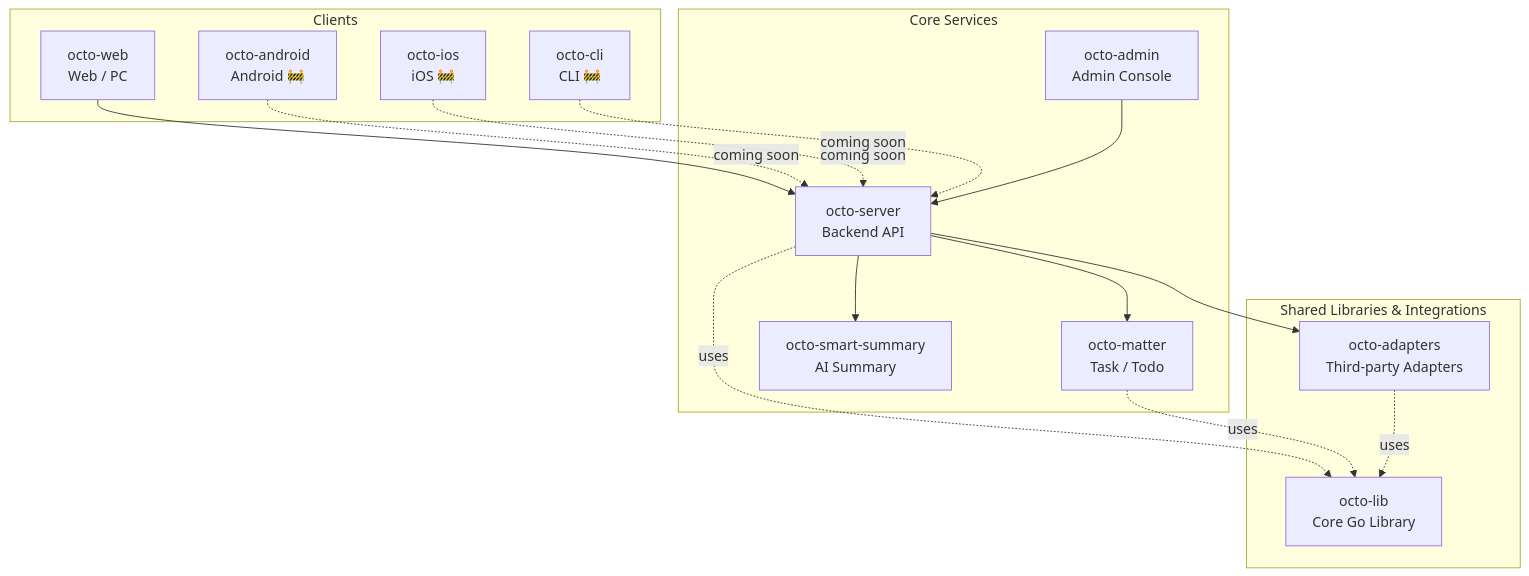
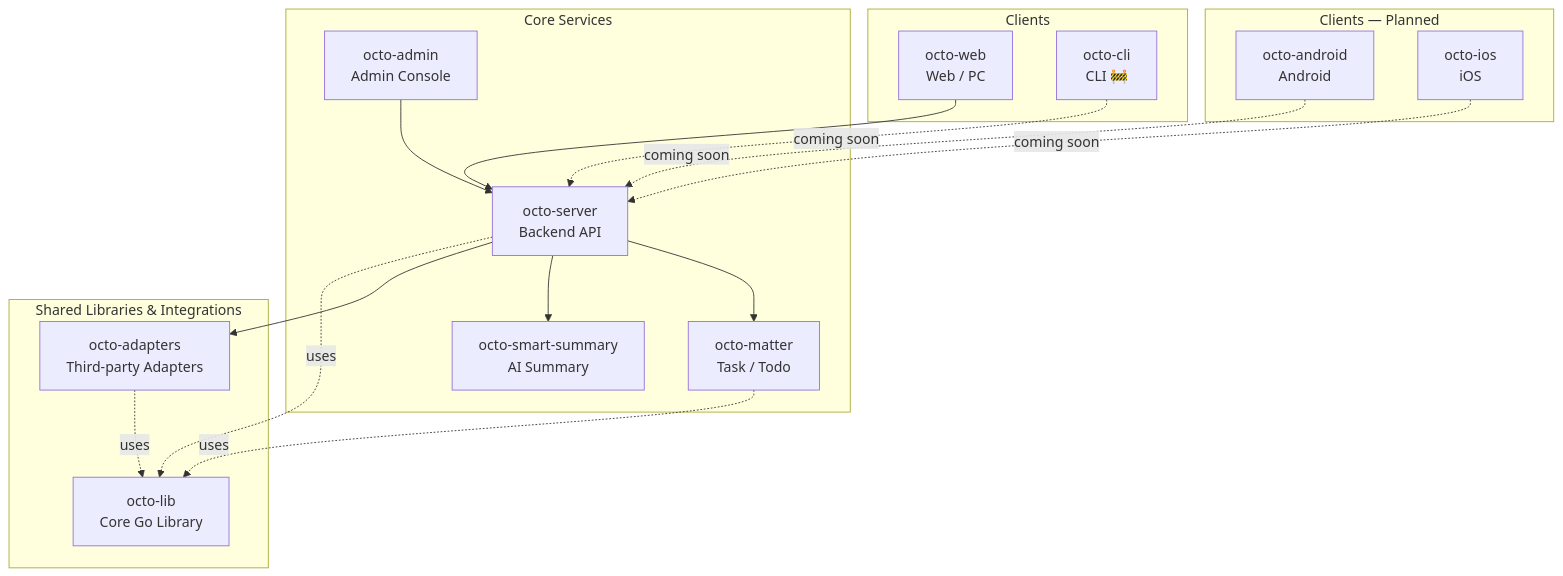
One commit to Mininglamp-OSS/community changed the diagram in README.md. Above: the diagram before and after it, drawn with Mermaid. The commit also changed other lines of this file and 2 other files, not shown here.

First line of the commit message:
fix: address review — add LICENSE, fix phantom repo links, add OCTO_SUMMARY_READER_PASSWORD, add star history caption

````diff
--- a/README.md
+++ b/README.md
@@ -50,33 +50,35 @@
 ```mermaid
 graph TD
   subgraph Clients[Clients]
     Web[octo-web<br/>Web / PC]
-    Android[octo-android<br/>Android 🚧]
-    iOS[octo-ios<br/>iOS 🚧]
     CLI[octo-cli<br/>CLI 🚧]
+  end
+  subgraph PlannedClients[Clients — Planned]
+    Android[octo-android<br/>Android]
+    iOS[octo-ios<br/>iOS]
   end
 
   subgraph Core[Core Services]
     Server[octo-server<br/>Backend API]
     Matter[octo-matter<br/>Task / Todo]
     Summary[octo-smart-summary<br/>AI Summary]
     Admin[octo-admin<br/>Admin Console]
   end
 
   subgraph Shared[Shared Libraries & Integrations]
     Lib[octo-lib<br/>Core Go Library]
     Adapters[octo-adapters<br/>Third-party Adapters]
   end
 
   Web --> Server
   Android -.coming soon.-> Server
   iOS -.coming soon.-> Server
   CLI -.coming soon.-> Server
   Admin --> Server
   Server --> Matter
   Server --> Summary
   Server --> Adapters
   Server -.uses.-> Lib
   Matter -.uses.-> Lib
   Adapters -.uses.-> Lib
 ```
````
